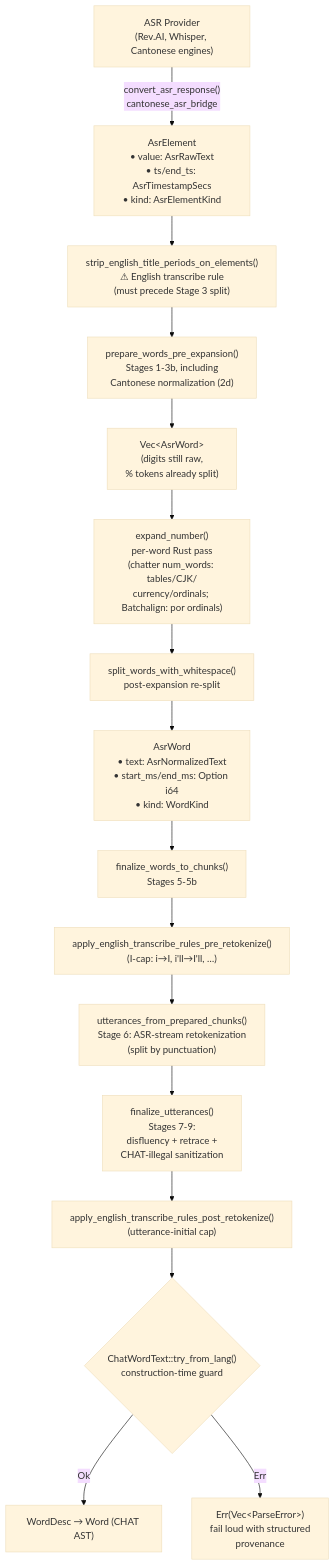
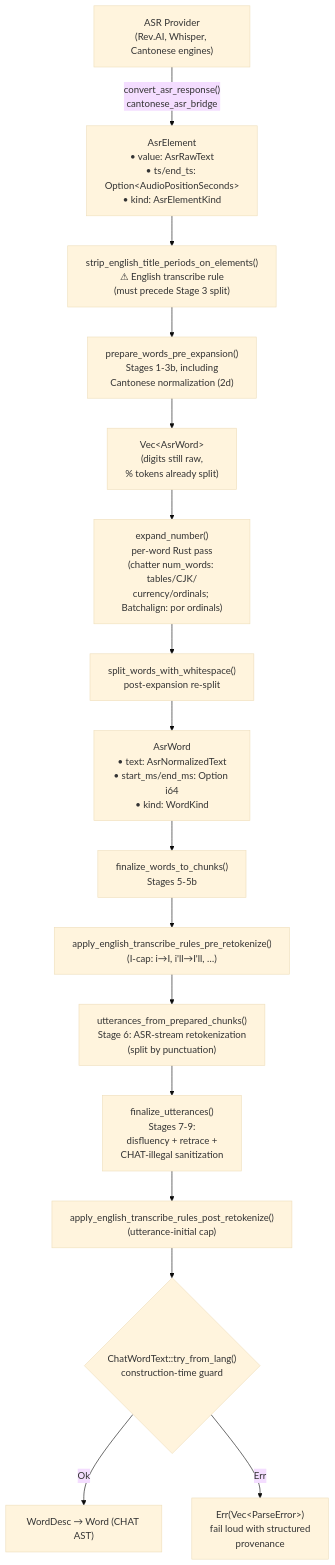
The first of 7 diagrams in book/src/batchalign/architecture/asr-token-pipeline.md (FranklinChen/talkbank-tools), drawn with Mermaid (base theme) before and after one commit. The commit also changed other lines of this file and 470 other files, not shown here.

````diff
--- a/book/src/batchalign/architecture/asr-token-pipeline.md
+++ b/book/src/batchalign/architecture/asr-token-pipeline.md
@@ -40,26 +40,26 @@
 ```mermaid
 flowchart TD
     Provider["ASR Provider\n(Rev.AI, Whisper, Cantonese engines)"]
-    AE["AsrElement\n&bull; value: AsrRawText\n&bull; ts/end_ts: AsrTimestampSecs\n&bull; kind: AsrElementKind"]
+    AE["AsrElement\n&bull; value: AsrRawText\n&bull; ts/end_ts: Option&lt;AudioPositionSeconds&gt;\n&bull; kind: AsrElementKind"]
     EnTitlePeriod["strip_english_title_periods_on_elements()\n⚠ English transcribe rule\n(must precede Stage 3 split)"]
     Pre["prepare_words_pre_expansion()\nStages 1-3b, including\nCantonese normalization (2d)"]
     AW_pre["Vec&lt;AsrWord&gt;\n(digits still raw,\n% tokens already split)"]
     Expand["expand_number()\nper-word Rust pass\n(chatter num_words: tables/CJK/\ncurrency/ordinals; Batchalign: por ordinals)"]
     Split["split_words_with_whitespace()\npost-expansion re-split"]
     AW["AsrWord\n&bull; text: AsrNormalizedText\n&bull; start_ms/end_ms: Option i64\n&bull; kind: WordKind"]
     Fin["finalize_words_to_chunks()\nStages 5-5b"]
     EnICap["apply_english_transcribe_rules_pre_retokenize()\n(I-cap: i→I, i'll→I'll, …)"]
     Retok["utterances_from_prepared_chunks()\nStage 6: ASR-stream retokenization\n(split by punctuation)"]
     Final["finalize_utterances()\nStages 7-9:\ndisfluency + retrace +\nCHAT-illegal sanitization"]
     EnUttCap["apply_english_transcribe_rules_post_retokenize()\n(utterance-initial cap)"]
     TryFrom{"ChatWordText::try_from_lang()\nconstruction-time guard"}
     Reject["Err(Vec&lt;ParseError&gt;)\nfail loud with structured\nprovenance"]
     WD["WordDesc → Word (CHAT AST)"]
 
     Provider -->|"convert_asr_response()\ncantonese_asr_bridge"| AE
     AE --> EnTitlePeriod --> Pre --> AW_pre
     AW_pre --> Expand
     Expand --> Split --> AW --> Fin --> EnICap --> Retok --> Final --> EnUttCap --> TryFrom
     TryFrom -->|"Ok"| WD
     TryFrom -->|"Err"| Reject
 ```
````
